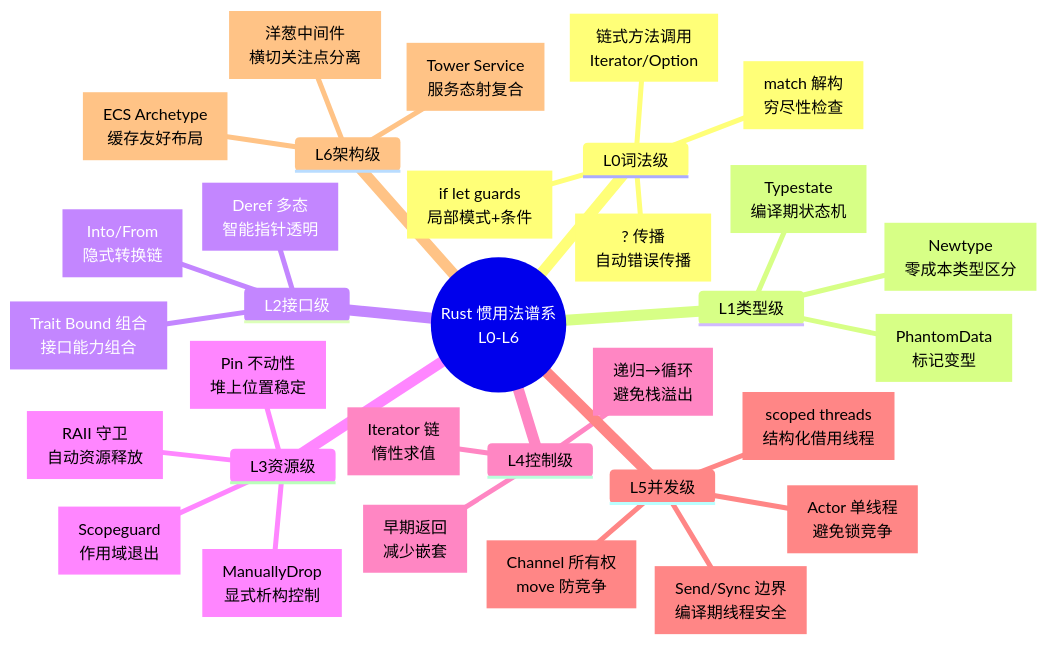
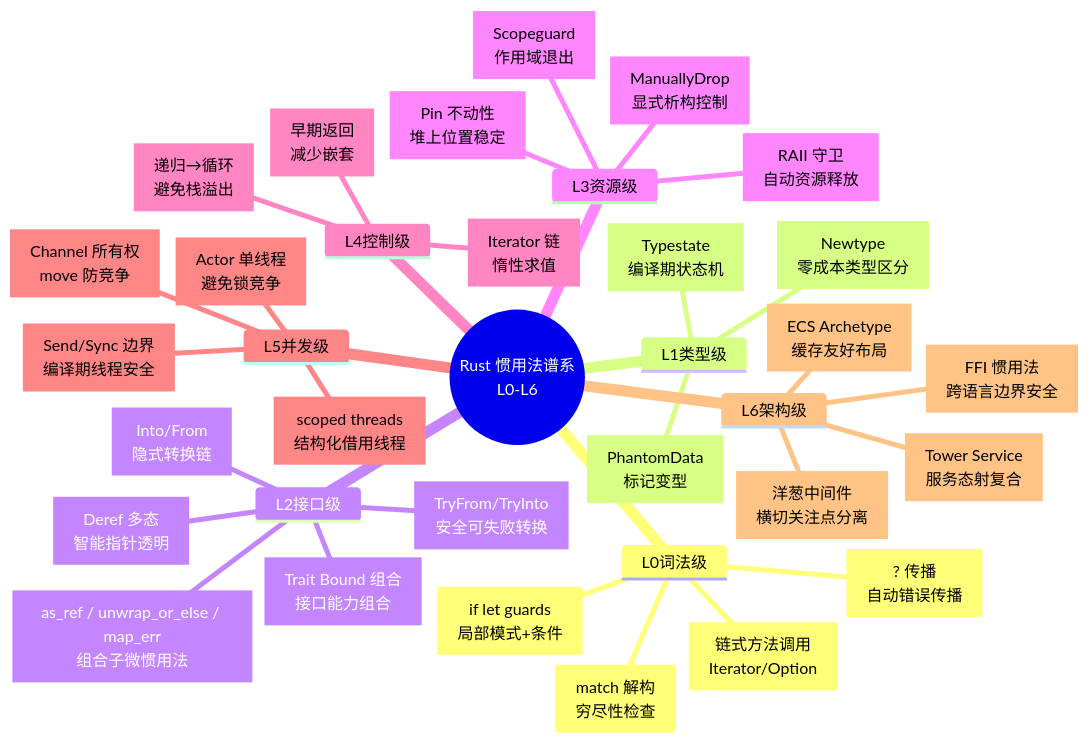
One commit to martin-ly/rust-lang changed the first of 34 diagrams in concept/06_ecosystem/03_design_patterns/02_idioms_spectrum.md. Above: the diagram before and after it, drawn with Mermaid. The commit also changed other lines of this file and 58 other files, not shown here.

````diff
--- a/concept/06_ecosystem/03_design_patterns/02_idioms_spectrum.md
+++ b/concept/06_ecosystem/03_design_patterns/02_idioms_spectrum.md
@@ -154,35 +161,38 @@
 ```mermaid
 mindmap
   root((Rust 惯用法谱系<br/>L0-L6))
     L0词法级
       传播[? 传播<br/>自动错误传播]
       match解构[match 解构<br/>穷尽性检查]
       if_let_guards[if let guards<br/>局部模式+条件]
       链式调用[链式方法调用<br/>Iterator/Option]
     L1类型级
       Newtype[Newtype<br/>零成本类型区分]
       Typestate[Typestate<br/>编译期状态机]
       PhantomData[PhantomData<br/>标记变型]
     L2接口级
       IntoFrom[Into/From<br/>隐式转换链]
+      TryFromInto[TryFrom/TryInto<br/>安全可失败转换]
       Deref[Deref 多态<br/>智能指针透明]
       TraitBound[Trait Bound 组合<br/>接口能力组合]
+      MicroCombinators[as_ref / unwrap_or_else / map_err<br/>组合子微惯用法]
     L3资源级
       RAII[RAII 守卫<br/>自动资源释放]
       Scopeguard[Scopeguard<br/>作用域退出]
       Pin[Pin 不动性<br/>堆上位置稳定]
       ManuallyDrop[ManuallyDrop<br/>显式析构控制]
     L4控制级
       Iterator链[Iterator 链<br/>惰性求值]
       递归转循环[递归→循环<br/>避免栈溢出]
       早期返回[早期返回<br/>减少嵌套]
     L5并发级
       SendSync[Send/Sync 边界<br/>编译期线程安全]
       Actor[Actor 单线程<br/>避免锁竞争]
       Channel[Channel 所有权<br/>move 防竞争]
       ScopedThreads[scoped threads<br/>结构化借用线程]
     L6架构级
       TowerService[Tower Service<br/>服务态射复合]
       洋葱中间件[洋葱中间件<br/>横切关注点分离]
       ECS[ECS Archetype<br/>缓存友好布局]
+      FFI[FFI 惯用法<br/>跨语言边界安全]
 ```
````
